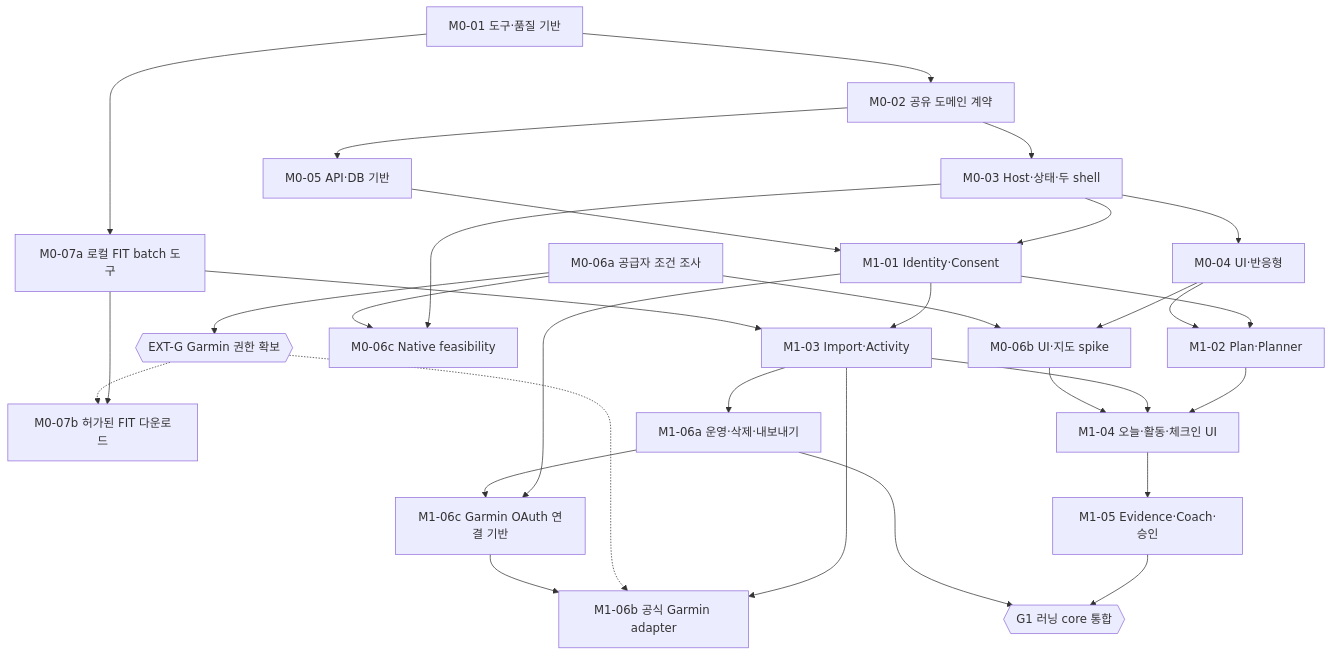
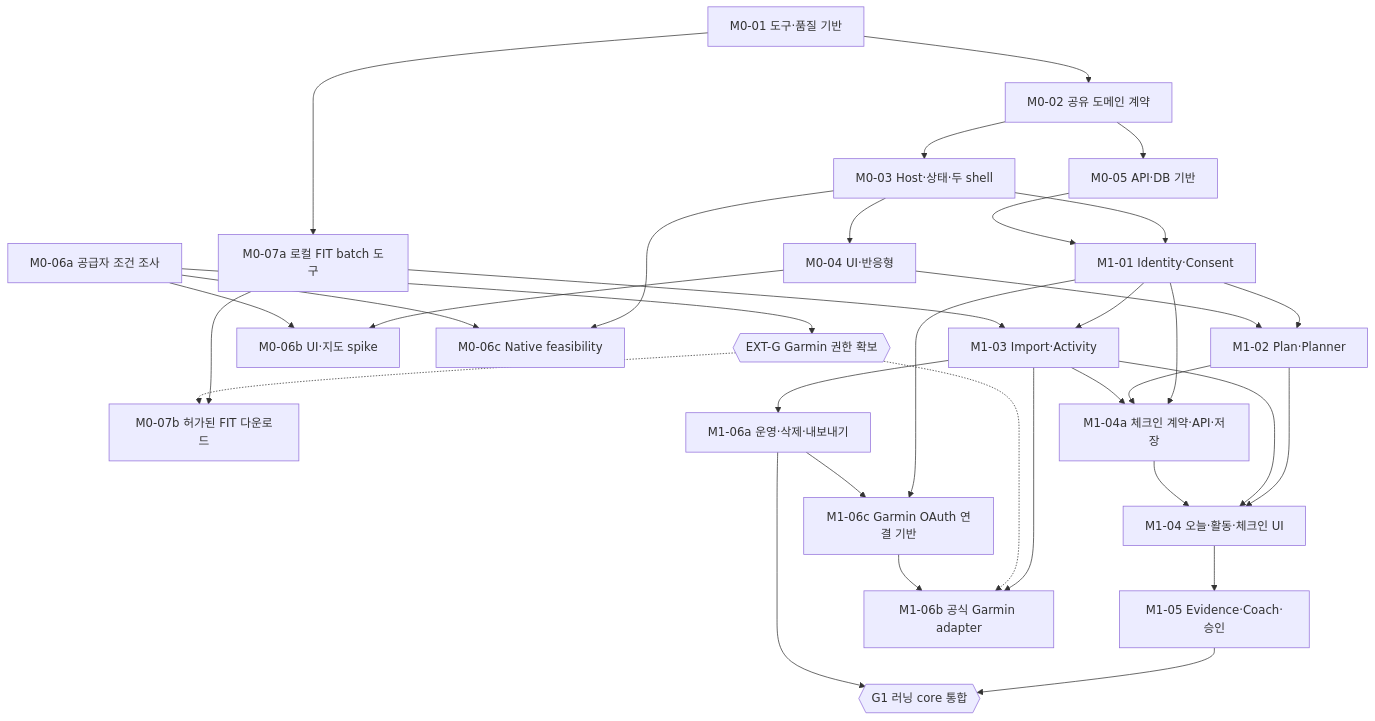
The first of 3 diagrams in docs/implementation/task-graph.md (peacecheejecake/workout-manager), drawn with Mermaid before and after one commit. The commit also changed other lines of this file and 30 other files, not shown here.

````diff
--- a/docs/implementation/task-graph.md
+++ b/docs/implementation/task-graph.md
@@ -18,53 +18,57 @@
 ```mermaid
 flowchart TD
     task0["M0-01 도구·품질 기반"]
     task1["M0-02 공유 도메인 계약"]
     task2["M0-03 Host·상태·두 shell"]
     task3["M0-04 UI·반응형"]
     task4["M0-05 API·DB 기반"]
     task5["M0-06a 공급자 조건 조사"]
     task6{{"EXT-G Garmin 권한 확보"}}
     task7["M0-06b UI·지도 spike"]
     task8["M0-06c Native feasibility"]
     task9["M0-07a 로컬 FIT batch 도구"]
     task10["M0-07b 허가된 FIT 다운로드"]
     task11["M1-01 Identity·Consent"]
     task12["M1-02 Plan·Planner"]
     task13["M1-03 Import·Activity"]
     task14["M1-04 오늘·활동·체크인 UI"]
     task15["M1-05 Evidence·Coach·승인"]
     task16["M1-06a 운영·삭제·내보내기"]
     task17["M1-06b 공식 Garmin adapter"]
     garminOAuth["M1-06c Garmin OAuth 연결 기반"]
     task18{{"G1 러닝 core 통합"}}
     task0 --> task1
     task1 --> task2
     task2 --> task3
     task1 --> task4
     task5 --> task6
     task3 --> task7
     task5 --> task7
     task2 --> task8
     task5 --> task8
     task0 --> task9
     task9 --> task10
     task6 -.-> task10
     task2 --> task11
     task4 --> task11
     task11 --> task12
     task3 --> task12
     task11 --> task13
     task9 --> task13
     task12 --> task14
     task13 --> task14
-    task7 --> task14
+    checkins["M1-04a 체크인 계약·API·저장"]
+    task11 --> checkins
+    task12 --> checkins
+    task13 --> checkins
+    checkins --> task14
     task14 --> task15
     task13 --> task16
     task13 --> task17
     task6 -.-> task17
     task11 --> garminOAuth
     task16 --> garminOAuth
     garminOAuth --> task17
     task15 --> task18
     task16 --> task18
 ```
````
